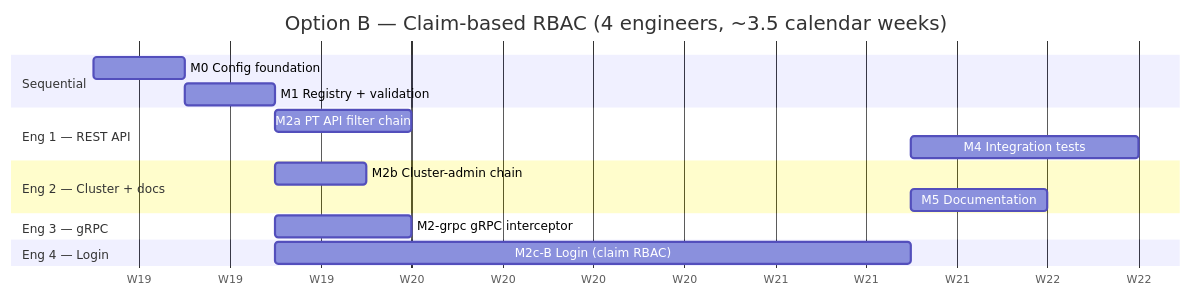
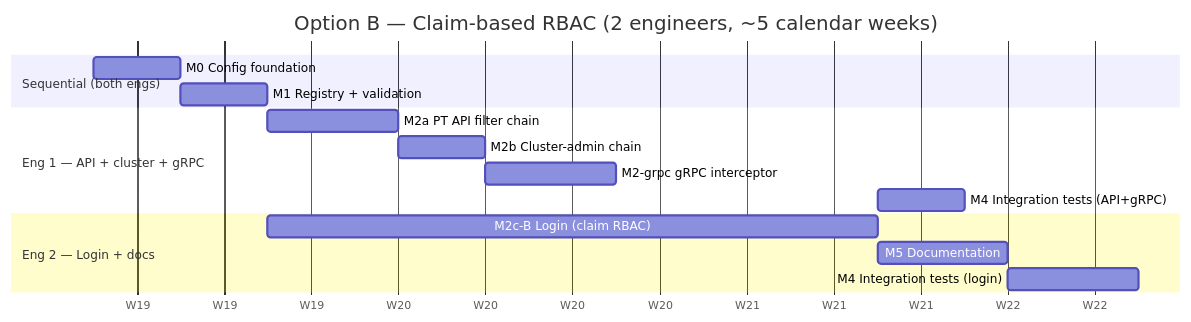
The seventh of 7 diagrams in docs/monorepo-docs/architecture/components/identity/physical-tenants-identity-plan.md (camunda/camunda), drawn with Mermaid before and after one commit. The commit also changed other lines of this file, not shown here.

First line of the commit message:
docs: rebalance §14 estimations for 2 engineers; clean up stale references

````diff
--- a/docs/monorepo-docs/architecture/components/identity/physical-tenants-identity-plan.md
+++ b/docs/monorepo-docs/architecture/components/identity/physical-tenants-identity-plan.md
@@ -1270,19 +1282,18 @@
 ```mermaid
 gantt
-    title Option B — Claim-based RBAC (4 engineers, ~3.5 calendar weeks)
+    title Option B — Claim-based RBAC (2 engineers, ~5 calendar weeks)
     dateFormat  YYYY-MM-DD
     axisFormat  W%V
-    section Sequential
+    section Sequential (both engs)
     M0 Config foundation        :m0b, 2026-05-04, 2d
     M1 Registry + validation    :m1b, after m0b, 2d
-    section Eng 1 — REST API
+    section Eng 1 — API + cluster + gRPC
     M2a PT API filter chain     :m2ab, after m1b, 3d
-    M4 Integration tests        :m4b, after m2cB, 5d
-    section Eng 2 — Cluster + docs
-    M2b Cluster-admin chain     :m2bb, after m1b, 2d
+    M2b Cluster-admin chain     :m2bb, after m2ab, 2d
+    M2-grpc gRPC interceptor    :m2gb, after m2bb, 3d
+    M4 Integration tests (API+gRPC) :m4b1, after m2cB, 2d
+    section Eng 2 — Login + docs
+    M2c-B Login (claim RBAC)    :m2cB, after m1b, 14d
     M5 Documentation            :m5b, after m2cB, 3d
-    section Eng 3 — gRPC
-    M2-grpc gRPC interceptor    :m2g_b, after m1b, 3d
-    section Eng 4 — Login
-    M2c-B Login (claim RBAC)    :m2cB, after m1b, 14d
+    M4 Integration tests (login) :m4b2, after m5b, 3d
 ```
````
